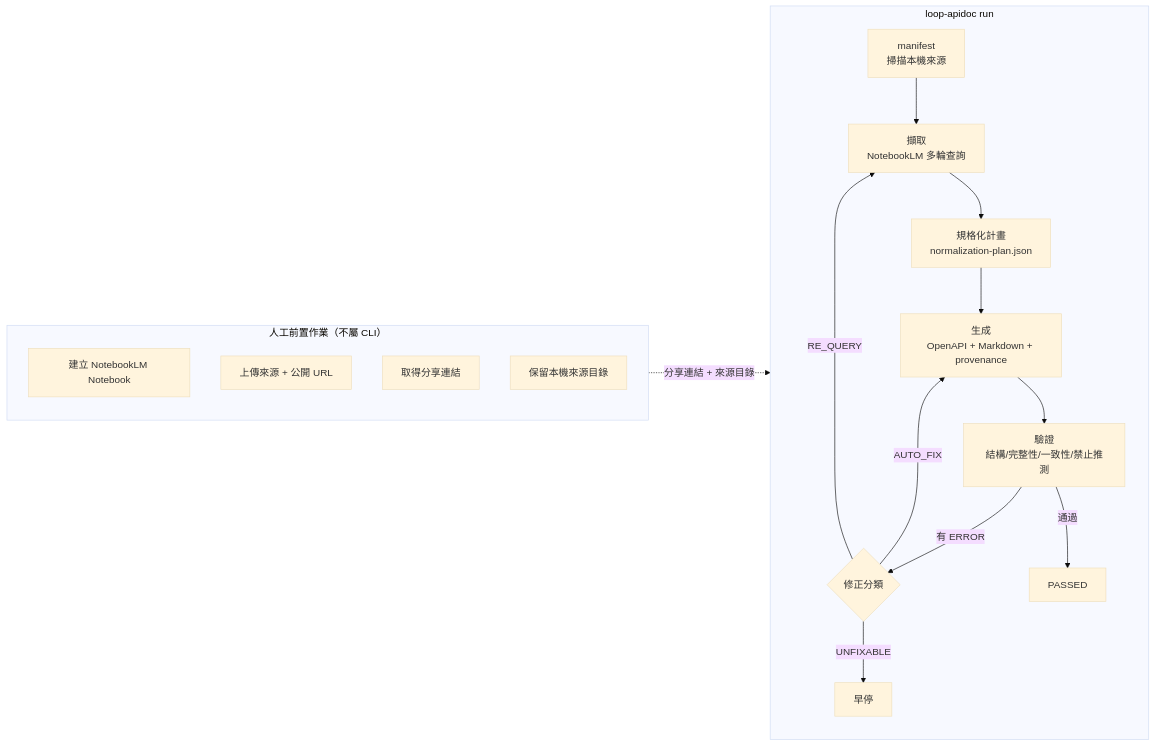
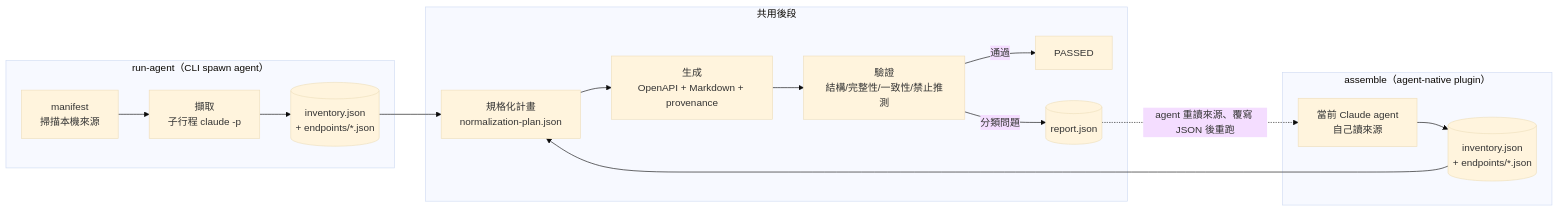
Before and after one commit to CarlLee1983/loop-apidoc: the first of 2 diagrams in docs/ARCHITECTURE.md, drawn with Mermaid (base theme). The commit also changed other lines of this file and 63 other files, not shown here.

First line of the commit message:
refactor: [agentcli] 移除 NotebookLM 擷取模式,保留 run-agent/assemble 兩模式

````diff
--- a/docs/ARCHITECTURE.md
+++ b/docs/ARCHITECTURE.md
@@ -19,23 +20,23 @@
 ```mermaid
 flowchart LR
-    subgraph 人工["人工前置作業（不屬 CLI）"]
-        H1[建立 NotebookLM Notebook]
-        H2[上傳來源 + 公開 URL]
-        H3[取得分享連結]
-        H4[保留本機來源目錄]
+    subgraph RA["run-agent（CLI spawn agent）"]
+        RA_M[manifest<br/>掃描本機來源] --> RA_E[擷取<br/>子行程 claude -p]
+        RA_E --> RA_X[(inventory.json<br/>+ endpoints/*.json)]
     end
 
-    subgraph CLI["loop-apidoc run"]
-        M[manifest<br/>掃描本機來源] --> E[擷取<br/>NotebookLM 多輪查詢]
-        E --> P[規格化計畫<br/>normalization-plan.json]
+    subgraph AS["assemble（agent-native plugin）"]
+        AS_AG[當前 Claude agent<br/>自己讀來源] --> AS_X[(inventory.json<br/>+ endpoints/*.json)]
+    end
+
+    subgraph SHARED["共用後段"]
+        P[規格化計畫<br/>normalization-plan.json]
         P --> G[生成<br/>OpenAPI + Markdown + provenance]
         G --> V[驗證<br/>結構/完整性/一致性/禁止推測]
-        V -->|有 ERROR| C{修正分類}
-        C -->|AUTO_FIX| G
-        C -->|RE_QUERY| E
-        C -->|UNFIXABLE| X[早停]
         V -->|通過| OK[PASSED]
+        V -->|分類問題| R[(report.json)]
     end
 
-    人工 -.分享連結 + 來源目錄.-> CLI
+    RA_X --> P
+    AS_X --> P
+    R -.agent 重讀來源、覆寫 JSON 後重跑.-> AS_AG
 ```
````
